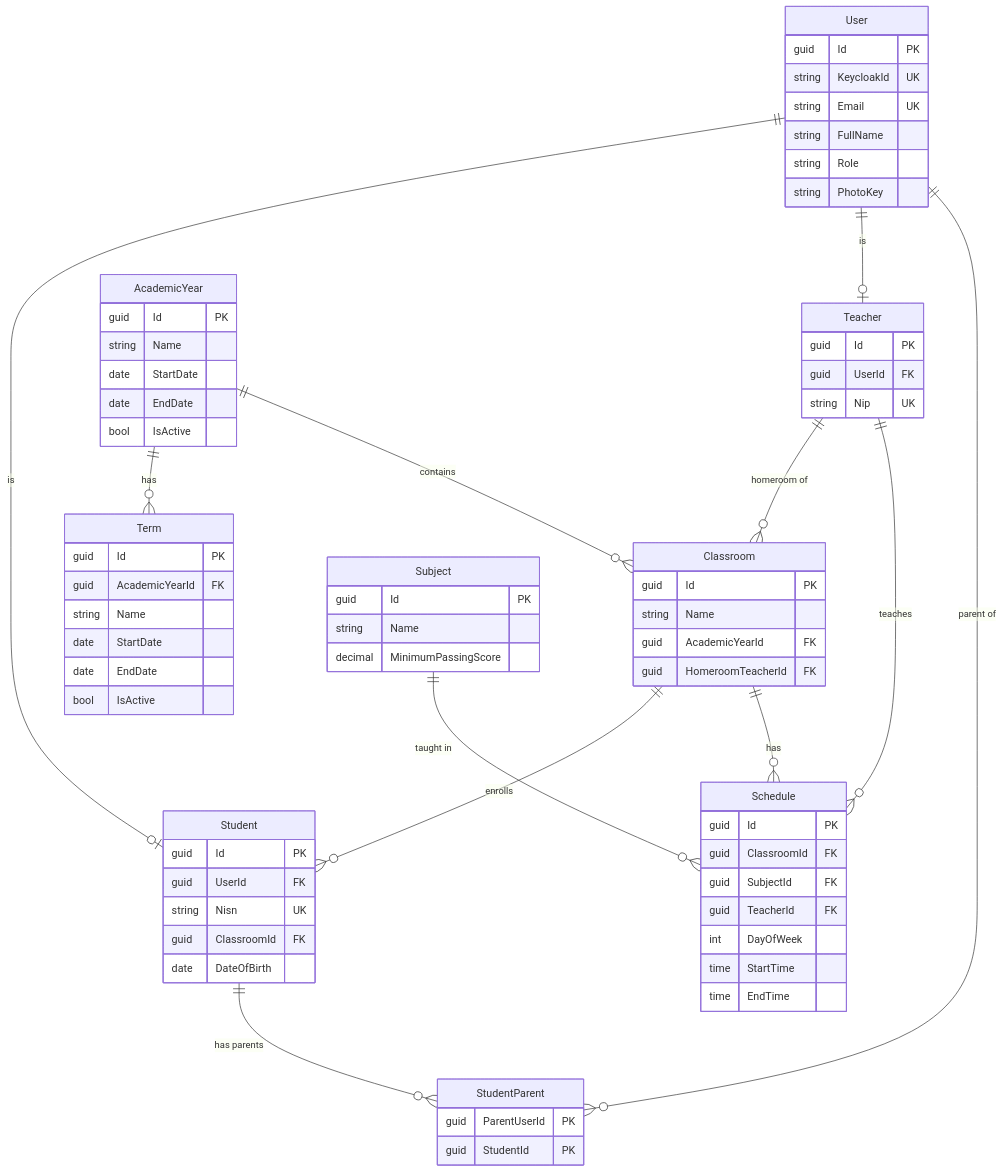
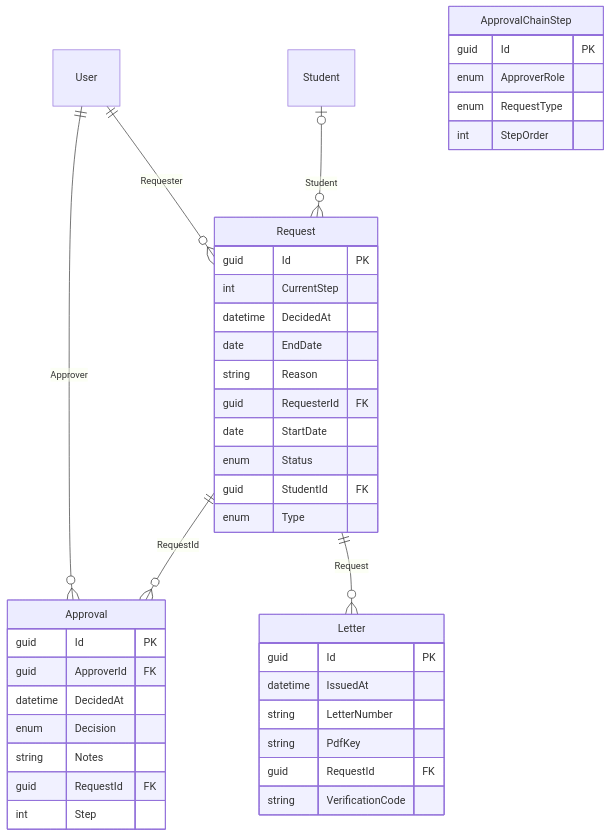
The fifth of 13 diagrams in docs/en/system-design.md (ridhwanhabib18/schomans), drawn with Mermaid before and after one commit. The commit also changed other lines of this file and 11 other files, not shown here.

First line of the commit message:
feat(docs): generate the ERD, API reference, authorization matrix, jobs and events from the code

````diff
--- a/docs/en/system-design.md
+++ b/docs/en/system-design.md
@@ -118,75 +188,43 @@
 ```mermaid
-%% Source: diagrams/erd.mmd (people & school structure)
 erDiagram
-  User ||--o| Student : "is"
-  User ||--o| Teacher : "is"
-  User ||--o{ StudentParent : "parent of"
-  Student ||--o{ StudentParent : "has parents"
-  AcademicYear ||--o{ Term : "has"
-  AcademicYear ||--o{ Classroom : "contains"
-  Teacher ||--o{ Classroom : "homeroom of"
-  Classroom ||--o{ Student : "enrolls"
-  Classroom ||--o{ Schedule : "has"
-  Subject ||--o{ Schedule : "taught in"
-  Teacher ||--o{ Schedule : "teaches"
-
-  User {
+  User ||--o{ Approval : "Approver"
+  Request ||--o{ Approval : "RequestId"
+  Request ||--o{ Letter : "Request"
+  User ||--o{ Request : "Requester"
+  Student |o--o{ Request : "Student"
+  Approval {
     guid Id PK
-    string KeycloakId UK
-    string Email UK
-    string FullName
-    string Role
-    string PhotoKey
+    guid ApproverId FK
+    datetime DecidedAt
+    enum Decision
+    string Notes
+    guid RequestId FK
+    int Step
   }
-  Student {
+  ApprovalChainStep {
     guid Id PK
-    guid UserId FK
-    string Nisn UK
-    guid ClassroomId FK
-    date DateOfBirth
+    enum ApproverRole
+    enum RequestType
+    int StepOrder
   }
-  StudentParent {
-    guid ParentUserId PK
-    guid StudentId PK
+  Letter {
+    guid Id PK
+    datetime IssuedAt
+    string LetterNumber
+    string PdfKey
+    guid RequestId FK
+    string VerificationCode
   }
-  Teacher {
+  Request {
     guid Id PK
-    guid UserId FK
-    string Nip UK
-  }
-  AcademicYear {
-    guid Id PK
-    string Name
+    int CurrentStep
+    datetime DecidedAt
+    date EndDate
+    string Reason
+    guid RequesterId FK
     date StartDate
-    date EndDate
-    bool IsActive
-  }
-  Term {
-    guid Id PK
-    guid AcademicYearId FK
-    string Name
-    date StartDate
-    date EndDate
-    bool IsActive
-  }
-  Classroom {
-    guid Id PK
-    string Name
-    guid AcademicYearId FK
-    guid HomeroomTeacherId FK
-  }
-  Subject {
-    guid Id PK
-    string Name
-    decimal MinimumPassingScore
-  }
-  Schedule {
-    guid Id PK
-    guid ClassroomId FK
-    guid SubjectId FK
-    guid TeacherId FK
-    int DayOfWeek
-    time StartTime
-    time EndTime
+    enum Status
+    guid StudentId FK
+    enum Type
   }
 ```
````
